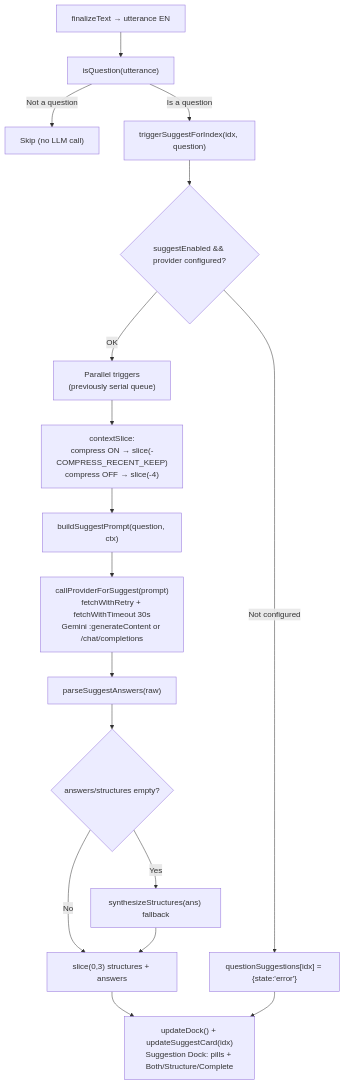
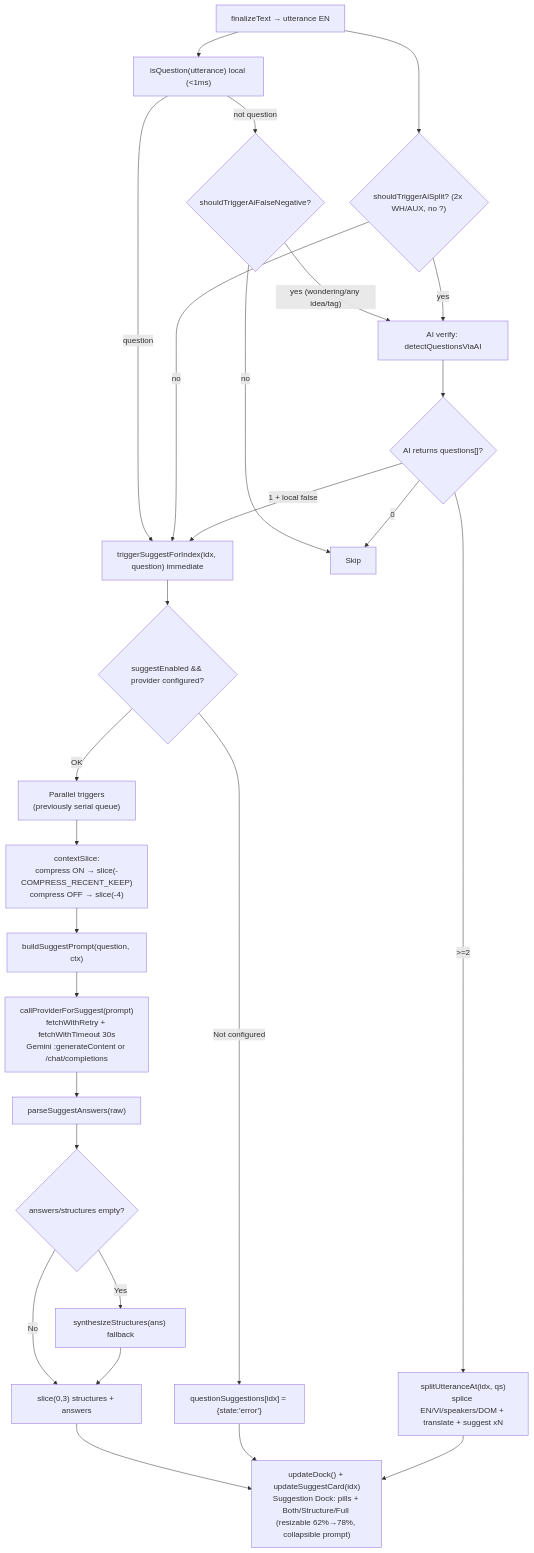
The fifth of 9 diagrams in README.md (nbhson/app-live-translate-extension), drawn with Mermaid before and after one commit. The commit also changed other lines of this file and 28 other files, not shown here.

First line of the commit message:
feat: hybrid AI question detect + pending all questions + resizable dock (1.3.0)

````diff
--- a/README.md
+++ b/README.md
@@ -192,22 +195,33 @@
 ```mermaid
 flowchart TD
-    A["finalizeText → utterance EN"] --> B["isQuestion(utterance)"]
-    B -- "Not a question" --> END["Skip (no LLM call)"]
-    B -- "Is a question" --> C["triggerSuggestForIndex(idx, question)"]
+    A["finalizeText → utterance EN"] --> B["isQuestion(utterance) local (<1ms)"]
+    B -- "question" --> C["triggerSuggestForIndex(idx, question) immediate"]
+    B -- "not question" --> B2{"shouldTriggerAiFalseNegative?"}
+    B2 -- "yes (wondering/any idea/tag)" --> D1["AI verify: detectQuestionsViaAI"]
+    B2 -- "no" --> END["Skip"]
+    A --> S{"shouldTriggerAiSplit? (2x WH/AUX, no ?)"}
+    S -- "yes" --> D1
+    S -- "no" --> C
+
+    D1 --> Q{"AI returns questions[]?"}
+    Q -- "0" --> END
+    Q -- "1 + local false" --> C
+    Q -- ">=2" --> SPLIT["splitUtteranceAt(idx, qs)<br/>splice EN/VI/speakers/DOM + translate + suggest xN"]
 
     C --> D{"suggestEnabled && provider configured?"}
     D -- "Not configured" --> E["questionSuggestions[idx] = {state:'error'}"]
 
     D -- "OK" --> F["Parallel triggers<br/>(previously serial queue)"]
     F --> G["contextSlice:<br/>compress ON → slice(-COMPRESS_RECENT_KEEP)<br/>compress OFF → slice(-4)"]
 
     G --> H["buildSuggestPrompt(question, ctx)"]
     H --> I["callProviderForSuggest(prompt)<br/>fetchWithRetry + fetchWithTimeout 30s<br/>Gemini :generateContent or /chat/completions"]
     I --> J["parseSuggestAnswers(raw)"]
     J --> K{"answers/structures empty?"}
     K -- "Yes" --> L["synthesizeStructures(ans) fallback"]
     K -- "No" --> M["slice(0,3) structures + answers"]
     L --> M
-    M --> N["updateDock() + updateSuggestCard(idx)<br/>Suggestion Dock: pills + Both/Structure/Complete"]
+    M --> N["updateDock() + updateSuggestCard(idx)<br/>Suggestion Dock: pills + Both/Structure/Full (resizable 62%→78%, collapsible prompt)"]
     E --> N
+    SPLIT --> N
 ```
````
